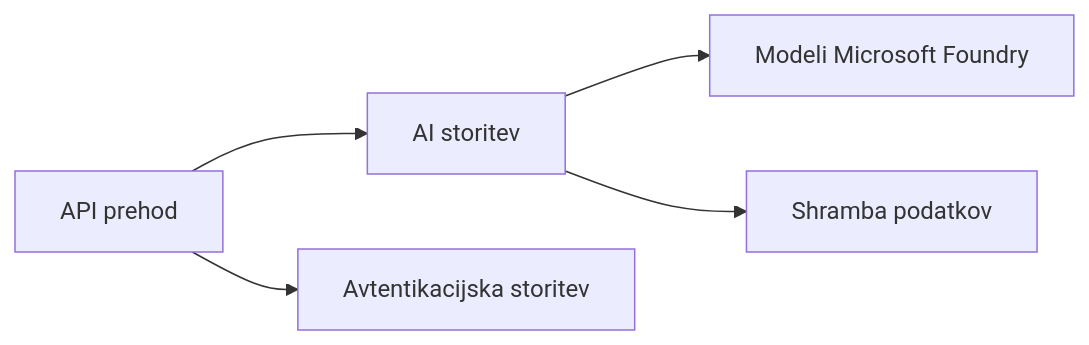
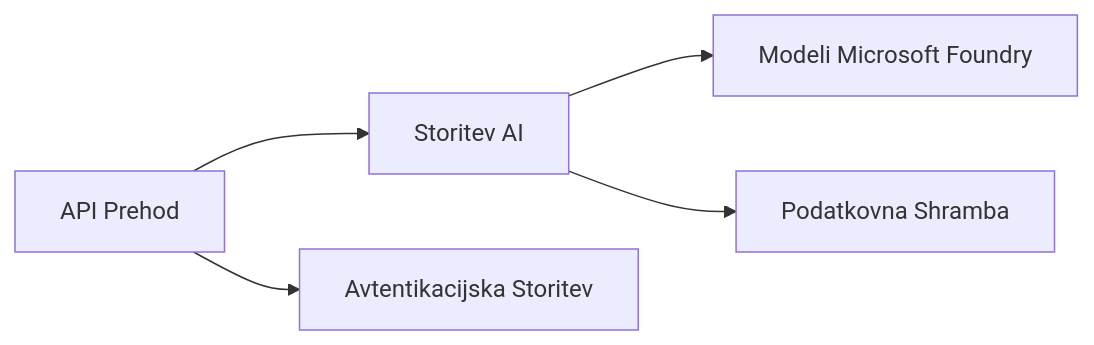
The first of 2 diagrams in translations/sl/docs/chapter-08-production/README.md (microsoft/AZD-for-beginners), drawn with Mermaid before and after one commit. The commit also changed other lines of this file and 101 other files, not shown here.

````diff
--- a/translations/sl/docs/chapter-08-production/README.md
+++ b/translations/sl/docs/chapter-08-production/README.md
@@ -46,6 +48,6 @@
 ```mermaid
 graph LR
-    Gateway[API prehod] --> AI[AI storitev] --> Models[Modeli Microsoft Foundry]
-    Gateway --> Auth[Avtentikacijska storitev]
-    AI --> Data[Shramba podatkov]
+    Gateway[API Prehod] --> AI[Storitev AI] --> Models[Modeli Microsoft Foundry]
+    Gateway --> Auth[Avtentikacijska Storitev]
+    AI --> Data[Podatkovna Shramba]
 ```
````
